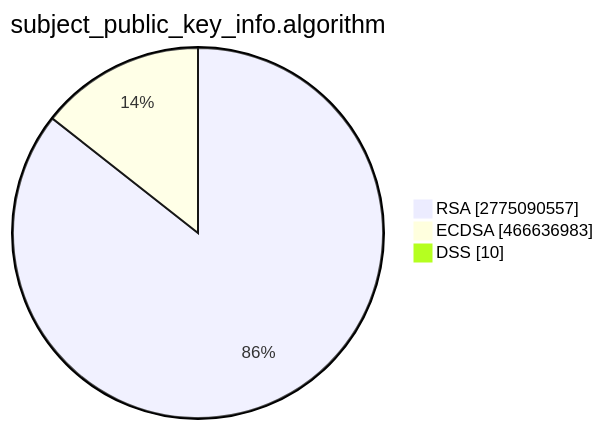
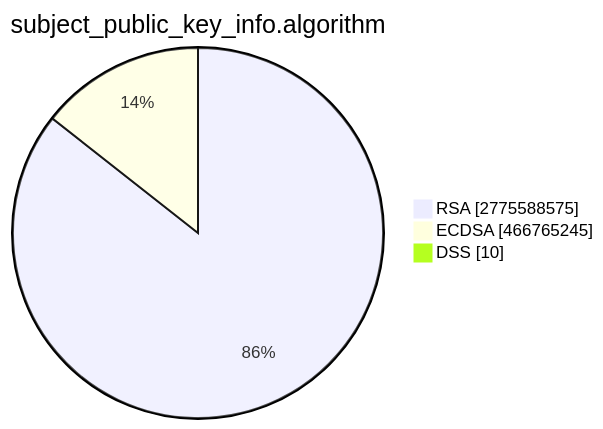
One commit to christiankrug/ctmonitor_visualization changed the second of 15 diagrams in TOTAL/README.md. Above: the diagram before and after it, drawn with Mermaid. The commit also changed other lines of this file, not shown here.

````diff
--- a/TOTAL/README.md
+++ b/TOTAL/README.md
@@ -6,7 +6,7 @@
 ```mermaid
 pie showData
 title subject_public_key_info.algorithm
-"RSA" :2775090557
-"ECDSA" :466636983
+"RSA" :2775588575
+"ECDSA" :466765245
 "DSS" :10
 ```
````
